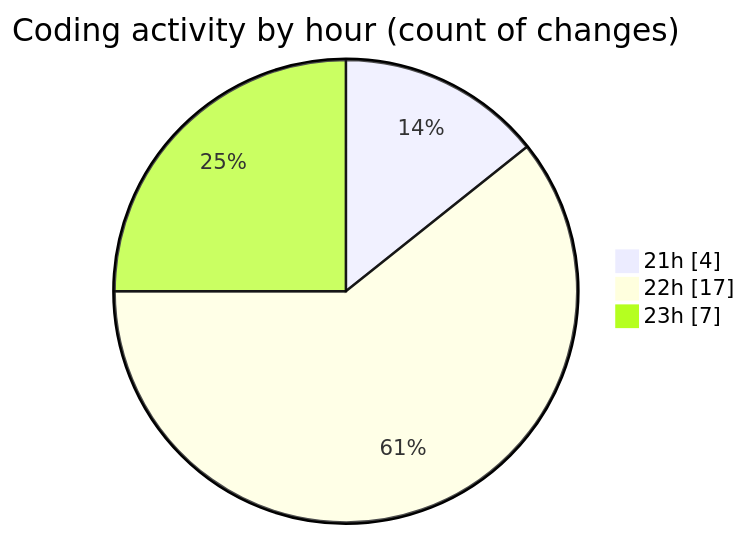
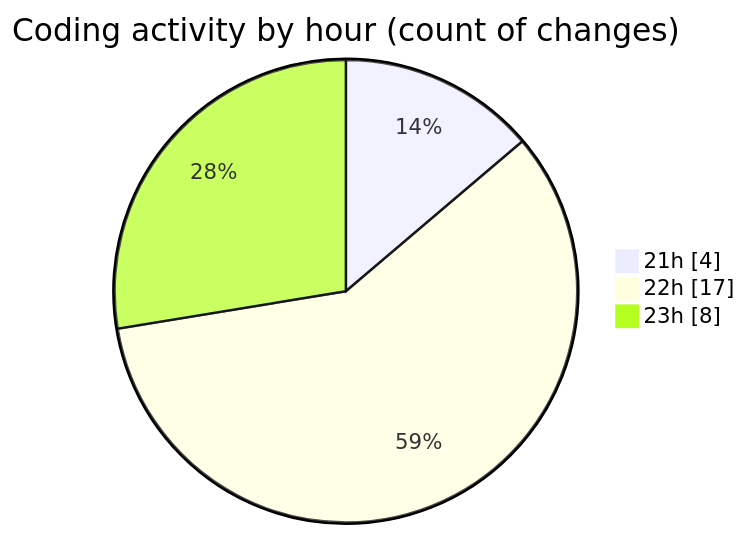
The second of 2 diagrams in 2025-06-17/studio-backend/README.md (idhammustaqopulfikri/code-tracking), drawn with Mermaid before and after one commit. The commit also changed other lines of this file and 1 other file, not shown here.

````diff
--- a/2025-06-17/studio-backend/README.md
+++ b/2025-06-17/studio-backend/README.md
@@ -32,7 +32,7 @@
 ```mermaid
 pie showData
 title Coding activity by hour (count of changes)
 "21h" : 4
 "22h" : 17
-"23h" : 7
+"23h" : 8
 ```
````
